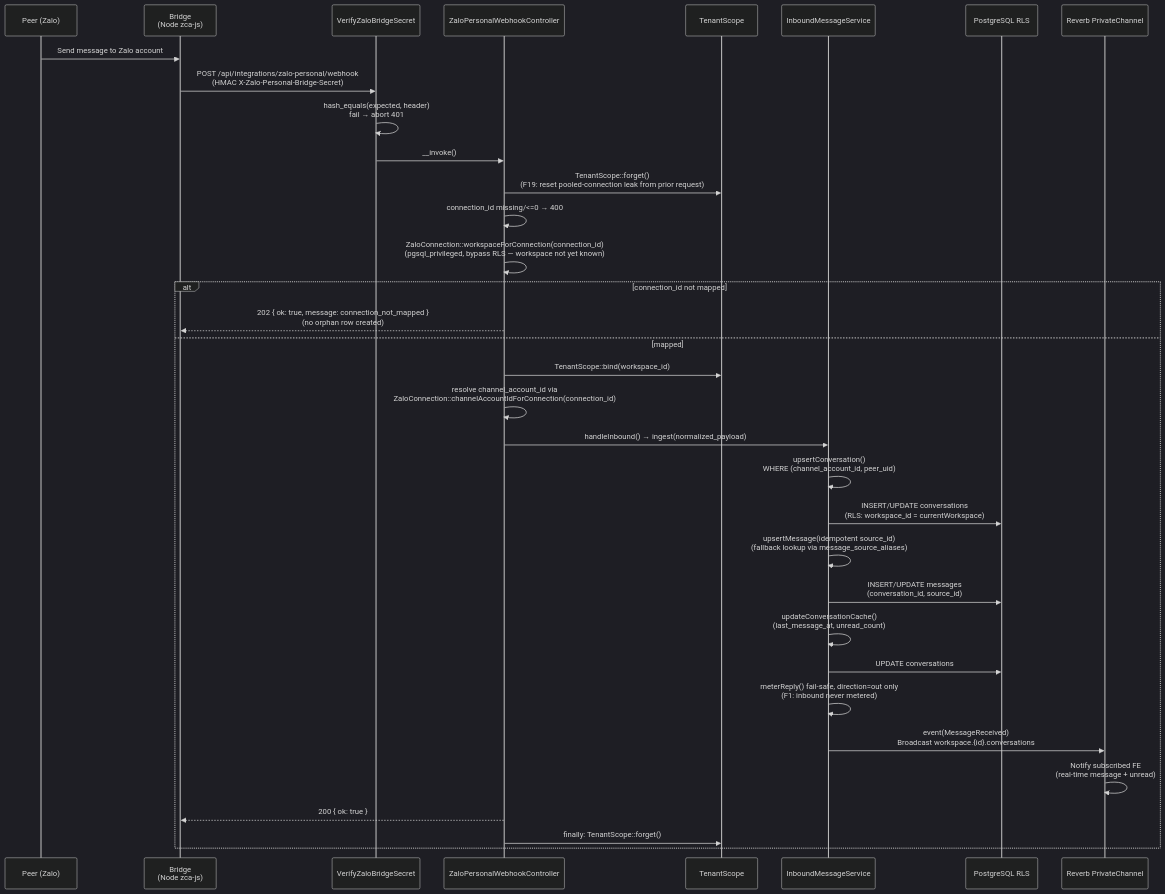
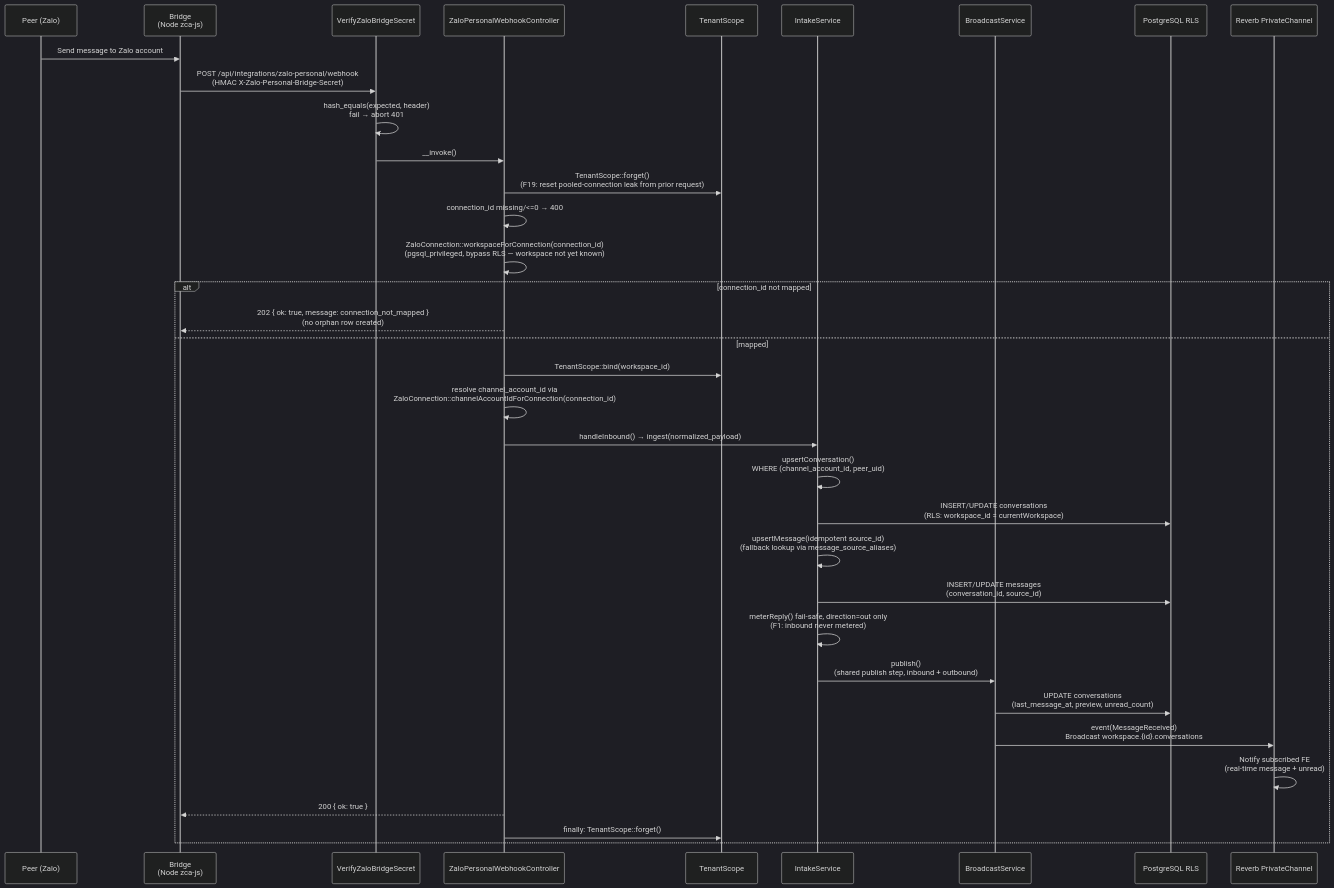
Before and after one commit to locdev-2001/yona: the diagram in docs/features/messaging/zalo-personal-inbox.md, drawn with Mermaid (dark theme). The commit also changed other lines of this file and 13 other files, not shown here.

````diff
--- a/docs/features/messaging/zalo-personal-inbox.md
+++ b/docs/features/messaging/zalo-personal-inbox.md
@@ -33,44 +33,45 @@
 ```mermaid
 sequenceDiagram
     participant Peer as Peer (Zalo)
     participant Bridge as Bridge<br/>(Node zca-js)
     participant MW as VerifyZaloBridgeSecret
     participant Webhook as ZaloPersonalWebhookController
     participant TenantScope as TenantScope
-    participant InboundSvc as InboundMessageService
+    participant InboundSvc as IntakeService
+    participant Publisher as BroadcastService
     participant RLS as PostgreSQL RLS
     participant Reverb as Reverb PrivateChannel
 
     Peer->>Bridge: Send message to Zalo account
     Bridge->>MW: POST /api/integrations/zalo-personal/webhook<br/>(HMAC X-Zalo-Personal-Bridge-Secret)
     MW->>MW: hash_equals(expected, header)<br/>fail → abort 401
 
     MW->>Webhook: __invoke()
     Webhook->>TenantScope: TenantScope::forget()<br/>(F19: reset pooled-connection leak from prior request)
     Webhook->>Webhook: connection_id missing/<=0 → 400
 
     Webhook->>Webhook: ZaloConnection::workspaceForConnection(connection_id)<br/>(pgsql_privileged, bypass RLS — workspace not yet known)
     alt connection_id not mapped
         Webhook-->>Bridge: 202 { ok: true, message: connection_not_mapped }<br/>(no orphan row created)
     else mapped
         Webhook->>TenantScope: TenantScope::bind(workspace_id)
         Webhook->>Webhook: resolve channel_account_id via<br/>ZaloConnection::channelAccountIdForConnection(connection_id)
         Webhook->>InboundSvc: handleInbound() → ingest(normalized_payload)
 
         InboundSvc->>InboundSvc: upsertConversation()<br/>WHERE (channel_account_id, peer_uid)
         InboundSvc->>RLS: INSERT/UPDATE conversations<br/>(RLS: workspace_id = currentWorkspace)
 
         InboundSvc->>InboundSvc: upsertMessage(idempotent source_id)<br/>(fallback lookup via message_source_aliases)
         InboundSvc->>RLS: INSERT/UPDATE messages<br/>(conversation_id, source_id)
 
-        InboundSvc->>InboundSvc: updateConversationCache()<br/>(last_message_at, unread_count)
-        InboundSvc->>RLS: UPDATE conversations
+        InboundSvc->>InboundSvc: meterReply() fail-safe, direction=out only<br/>(F1: inbound never metered)
 
-        InboundSvc->>InboundSvc: meterReply() fail-safe, direction=out only<br/>(F1: inbound never metered)
-        InboundSvc->>Reverb: event(MessageReceived)<br/>Broadcast workspace.{id}.conversations
+        InboundSvc->>Publisher: publish()<br/>(shared publish step, inbound + outbound)
+        Publisher->>RLS: UPDATE conversations<br/>(last_message_at, preview, unread_count)
+        Publisher->>Reverb: event(MessageReceived)<br/>Broadcast workspace.{id}.conversations
         Reverb->>Reverb: Notify subscribed FE<br/>(real-time message + unread)
 
         Webhook-->>Bridge: 200 { ok: true }
         Webhook->>TenantScope: finally: TenantScope::forget()
     end
 ```
````
